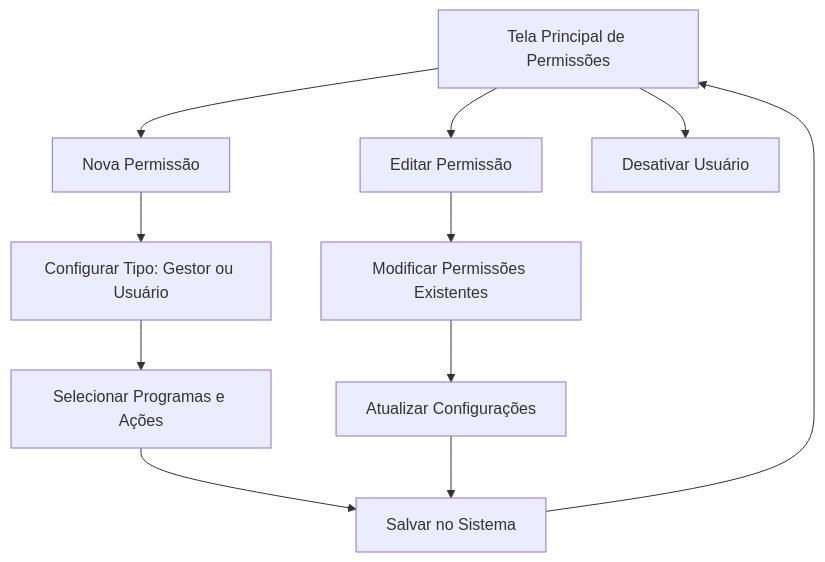
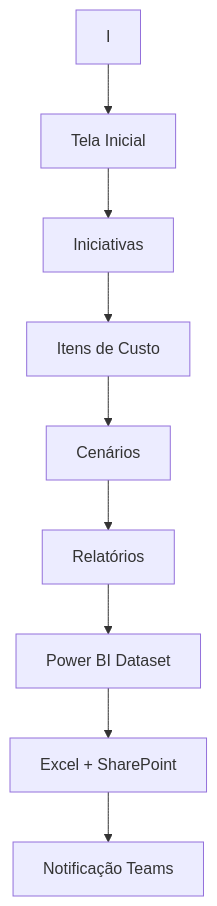
One commit to luigicaetano/APMDDocumentacao changed the diagram in content/en/docs/planejamento-integrado/doc_planejamento_integrado.md. Above: the diagram before and after it, drawn with Mermaid.

Commit message:
visão geral

````diff
--- a/content/en/docs/planejamento-integrado/doc_planejamento_integrado.md
+++ b/content/en/docs/planejamento-integrado/doc_planejamento_integrado.md
@@ -26,13 +26,11 @@
 ```mermaid
 graph TD
-    A[Tela Principal de Permissões] --> B[Nova Permissão]
-    A --> C[Editar Permissão]
-    A --> D[Desativar Usuário]
-    B --> E[Configurar Tipo: Gestor ou Usuário]
-    C --> F[Modificar Permissões Existentes]
-    E --> G[Selecionar Programas e Ações]
-    F --> H[Atualizar Configurações]
-    G --> I[Salvar no Sistema]
-    H --> I
-    I --> A
+    A--> B[Iniciativas]
+    B--> C[Itens de Custo]
+    C --> D[Cenários]
+    D--> E[Relatórios]
+    E --> F[Power BI Dataset]
+    F --> G[Excel + SharePoint]
+    G --> H[Notificação Teams]
+    I --> A[Tela Inicial]
 ```
````
